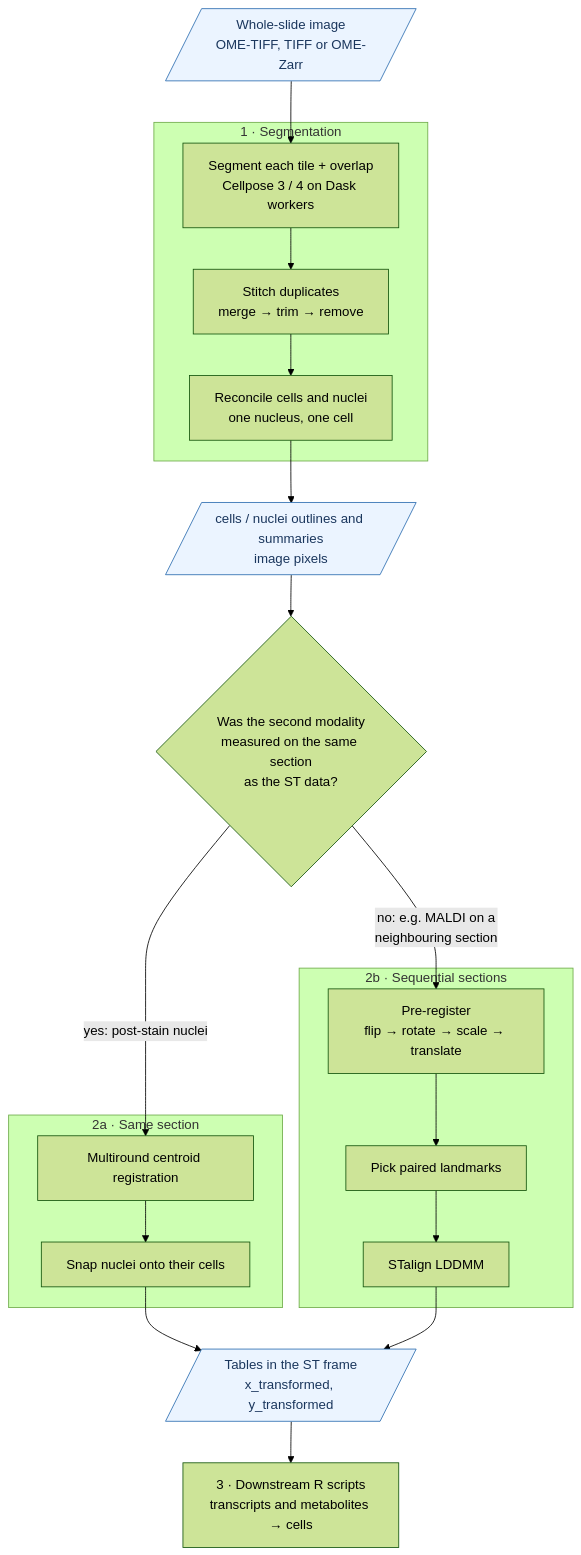
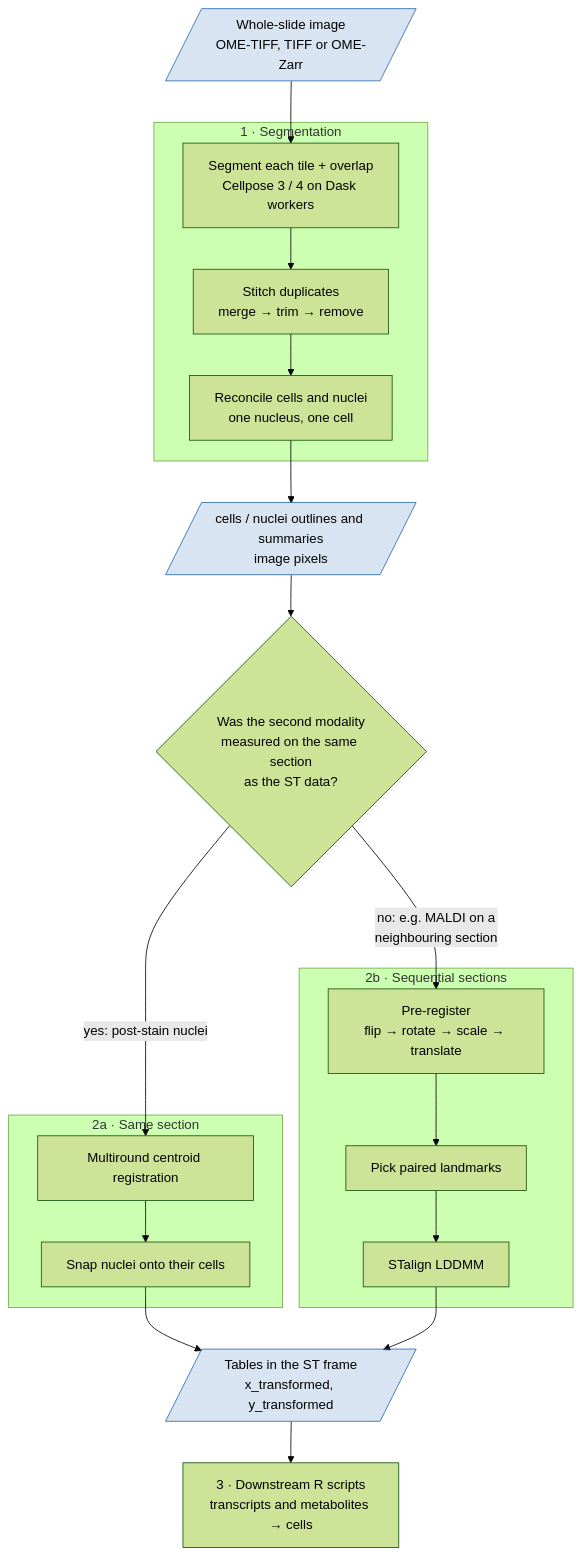
One commit to JurgenKriel/SMINT changed the diagram in docs/concepts/workflow.md. Above: the diagram before and after it, drawn with Mermaid (forest theme). The commit also changed 4 other files, not shown here.

First line of the commit message:
docs: mint diagram nodes with dark text; diagram tints that work in dark mode

````diff
--- a/docs/concepts/workflow.md
+++ b/docs/concepts/workflow.md
@@ -8,31 +8,31 @@
 ```mermaid
 flowchart TD
     IMG[/"Whole-slide image<br/>OME-TIFF, TIFF or OME-Zarr"/] --> SEG
     subgraph S1 ["1 · Segmentation"]
         SEG["Segment each tile + overlap<br/>Cellpose 3 / 4 on Dask workers"]
         STI["Stitch duplicates<br/>merge → trim → remove"]
         REC["Reconcile cells and nuclei<br/>one nucleus, one cell"]
         SEG --> STI --> REC
     end
     REC --> TAB[/"cells / nuclei outlines and summaries<br/>image pixels"/]
     TAB --> Q{"Was the second modality<br/>measured on the same section<br/>as the ST data?"}
     subgraph S2 ["2a · Same section"]
         CEN["Multiround centroid registration"]
         SNAP["Snap nuclei onto their cells"]
         CEN --> SNAP
     end
     subgraph S3 ["2b · Sequential sections"]
         PRE["Pre-register<br/>flip → rotate → scale → translate"]
         LM["Pick paired landmarks"]
         LD["STalign LDDMM"]
         PRE --> LM --> LD
     end
     Q -- "yes: post-stain nuclei" --> CEN
     Q -- "no: e.g. MALDI on a<br/>neighbouring section" --> PRE
     SNAP --> OUT[/"Tables in the ST frame<br/>x_transformed, y_transformed"/]
     LD --> OUT
     OUT --> R["3 · Downstream R scripts<br/>transcripts and metabolites → cells"]
 
-    classDef io fill:#ebf4ff,stroke:#2b6cb0,color:#1a365d
+    classDef io fill:#2b6cb02e,stroke:#2b6cb0
     class IMG,TAB,OUT io
 ```
````
